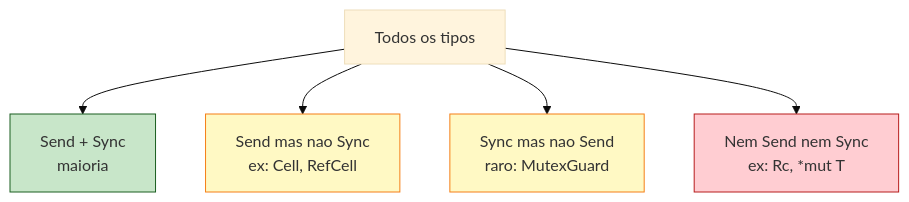
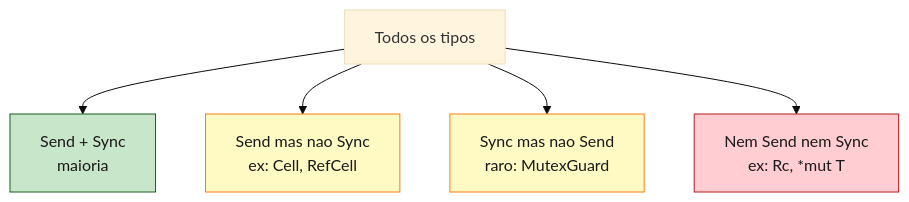
One commit to Felipeness/ferro-e-espirito changed the second of 3 diagrams in book/part-11-concurrency/ch30-threads-send-sync.md. Above: the diagram before and after it, drawn with Mermaid (base theme). The commit also changed other lines of this file and 56 other files, not shown here.

First line of the commit message:
fix: contraste de texto em diagramas mermaid

````diff
--- a/book/part-11-concurrency/ch30-threads-send-sync.md
+++ b/book/part-11-concurrency/ch30-threads-send-sync.md
@@ -217,13 +217,13 @@
 ```mermaid
 graph TB
     All[Todos os tipos]
     All --> SendSync[Send + Sync<br/>maioria]
     All --> SendOnly[Send mas nao Sync<br/>ex: Cell, RefCell]
     All --> SyncOnly[Sync mas nao Send<br/>raro: MutexGuard]
     All --> Neither[Nem Send nem Sync<br/>ex: Rc, *mut T]
 
-    style SendSync fill:#c8e6c9,stroke:#1b5e20
-    style SendOnly fill:#fff9c4,stroke:#f57f17
-    style SyncOnly fill:#fff9c4,stroke:#f57f17
-    style Neither fill:#ffcdd2,stroke:#b71c1c
+    style SendSync fill:#c8e6c9,stroke:#1b5e20,color:#1a1a1a
+    style SendOnly fill:#fff9c4,stroke:#f57f17,color:#1a1a1a
+    style SyncOnly fill:#fff9c4,stroke:#f57f17,color:#1a1a1a
+    style Neither fill:#ffcdd2,stroke:#b71c1c,color:#1a1a1a
 ```
````
